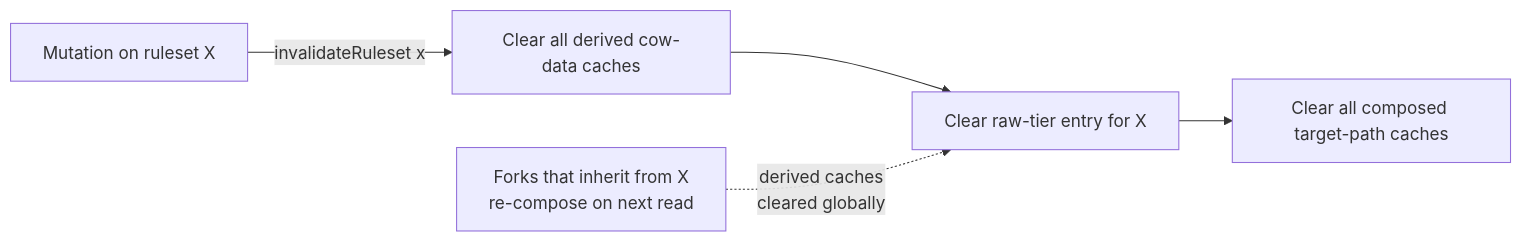
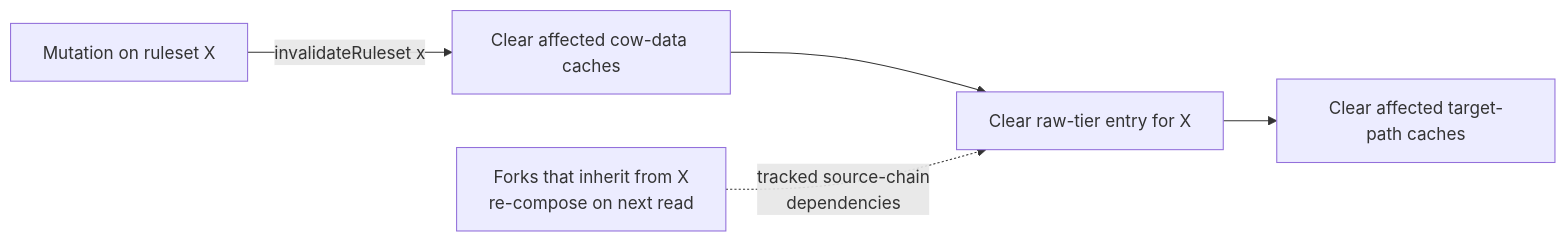
One commit to PhilippeChab/arkyvree changed the third of 7 diagrams in docs/caching.md. Above: the diagram before and after it, drawn with Mermaid. The commit also changed other lines of this file and 6 other files, not shown here.

Commit message:
Invalidate only dependent ruleset cache entries

````diff
--- a/docs/caching.md
+++ b/docs/caching.md
@@ -216,7 +216,7 @@
 ```mermaid
 flowchart LR
-    Mut[Mutation on ruleset X] -->|invalidateRuleset x| IR[Clear all derived cow-data caches]
+    Mut[Mutation on ruleset X] -->|invalidateRuleset x| IR[Clear affected cow-data caches]
     IR --> CR[Clear raw-tier entry for X]
-    CR --> TP[Clear all composed target-path caches]
-    Note[Forks that inherit from X<br/>re-compose on next read] -.->|derived caches<br/>cleared globally| CR
+    CR --> TP[Clear affected target-path caches]
+    Note[Forks that inherit from X<br/>re-compose on next read] -.->|tracked source-chain<br/>dependencies| CR
 ```
````
